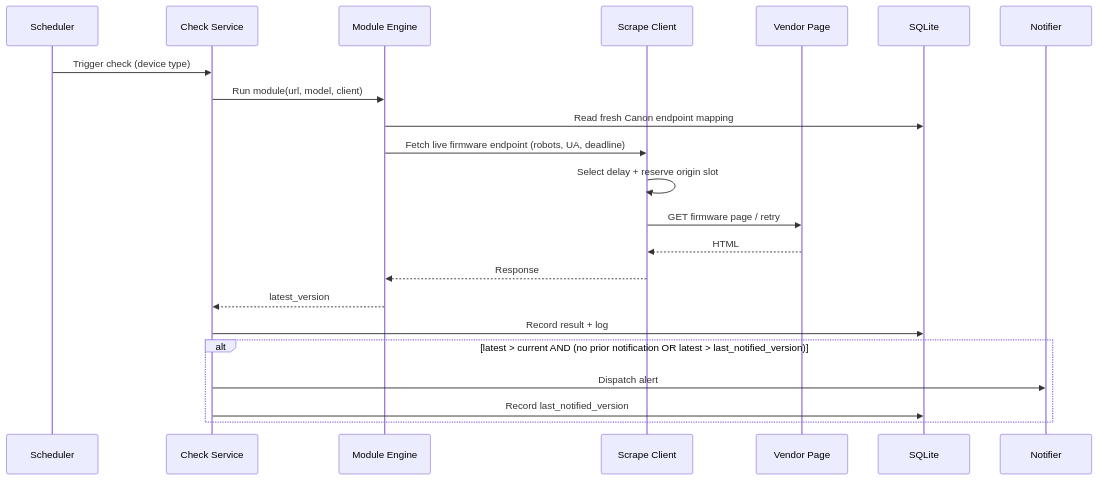
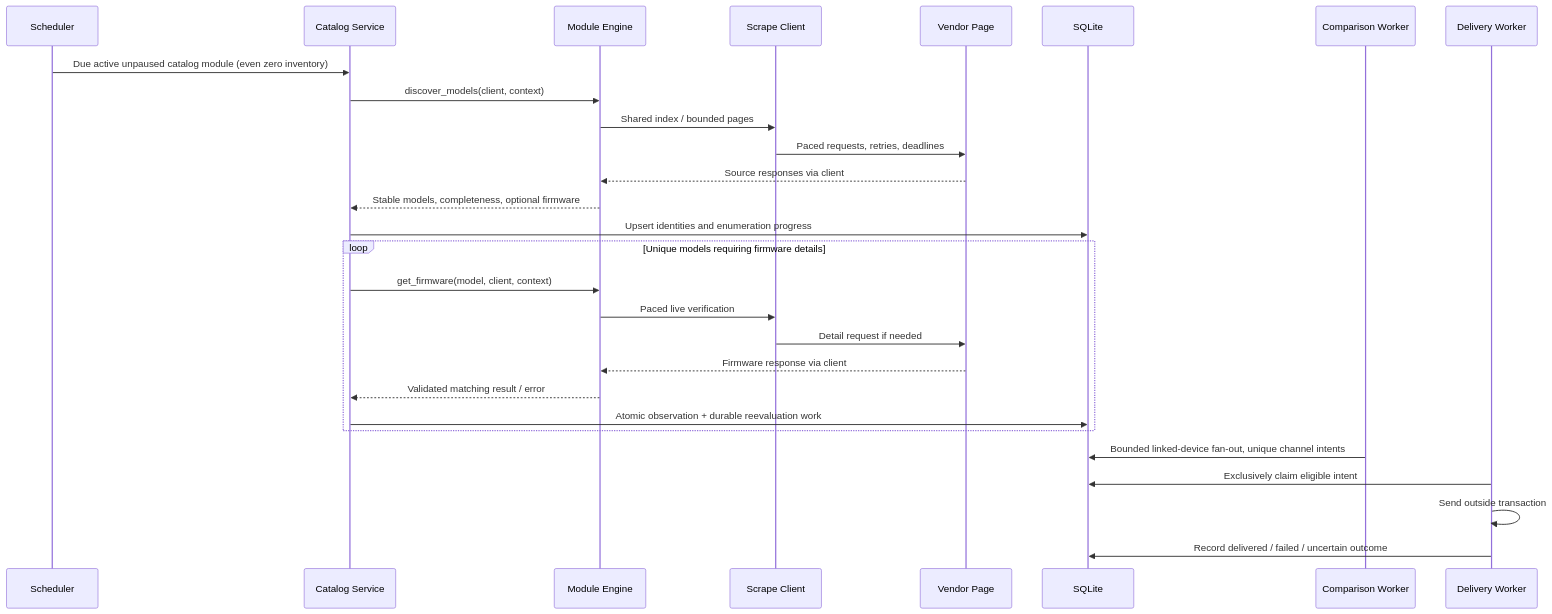
The fourth of 5 diagrams in specs/sad.md (attilaszasz/Binocular), drawn with Mermaid before and after one commit. The commit also changed other lines of this file and 19 other files, not shown here.

````diff
--- a/specs/sad.md
+++ b/specs/sad.md
@@ -106,24 +110,30 @@
 ```mermaid
 sequenceDiagram
     participant Sched as Scheduler
-    participant Svc as Check Service
+    participant Svc as Catalog Service
     participant Eng as Module Engine
     participant HTTP as Scrape Client
     participant Vendor as Vendor Page
     participant DB as SQLite
-    participant Notify as Notifier
-    Sched->>Svc: Trigger check (device type)
-    Svc->>Eng: Run module(url, model, client)
-    Eng->>DB: Read fresh Canon endpoint mapping
-    Eng->>HTTP: Fetch live firmware endpoint (robots, UA, deadline)
-    HTTP->>HTTP: Select delay + reserve origin slot
-    HTTP->>Vendor: GET firmware page / retry
-    Vendor-->>HTTP: HTML
-    HTTP-->>Eng: Response
-    Eng-->>Svc: latest_version
-    Svc->>DB: Record result + log
-    alt latest > current AND (no prior notification OR latest > last_notified_version)
-        Svc->>Notify: Dispatch alert
-        Svc->>DB: Record last_notified_version
+    participant Eval as Comparison Worker
+    participant Notify as Delivery Worker
+    Sched->>Svc: Due active unpaused catalog module (even zero inventory)
+    Svc->>Eng: discover_models(client, context)
+    Eng->>HTTP: Shared index / bounded pages
+    HTTP->>Vendor: Paced requests, retries, deadlines
+    Vendor-->>Eng: Source responses via client
+    Eng-->>Svc: Stable models, completeness, optional firmware
+    Svc->>DB: Upsert identities and enumeration progress
+    loop Unique models requiring firmware details
+        Svc->>Eng: get_firmware(model, client, context)
+        Eng->>HTTP: Paced live verification
+        HTTP->>Vendor: Detail request if needed
+        Vendor-->>Eng: Firmware response via client
+        Eng-->>Svc: Validated matching result / error
+        Svc->>DB: Atomic observation + durable reevaluation work
     end
+    Eval->>DB: Bounded linked-device fan-out, unique channel intents
+    Notify->>DB: Exclusively claim eligible intent
+    Notify->>Notify: Send outside transaction
+    Notify->>DB: Record delivered / failed / uncertain outcome
 ```
````
